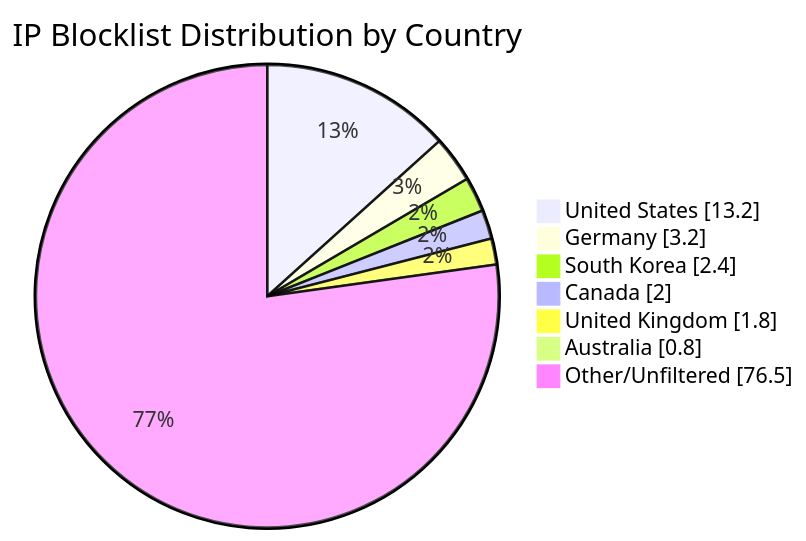
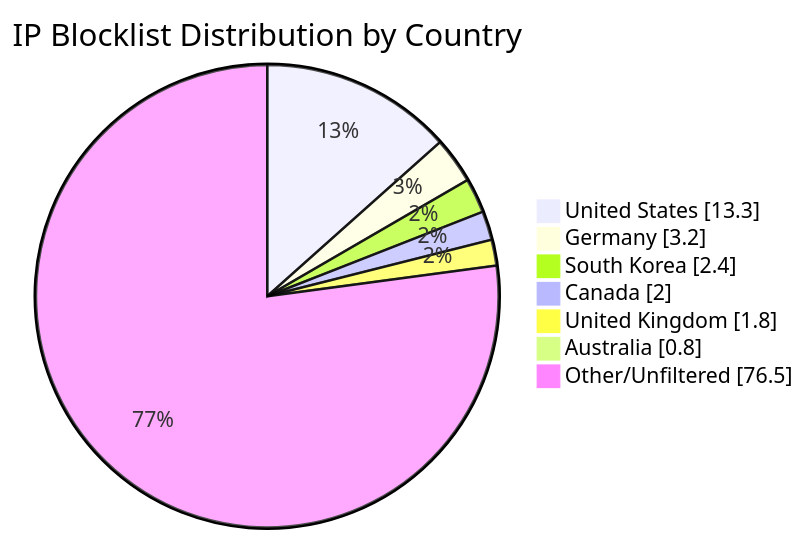
Before and after one commit to MarcusHoltz/ipblocklist-geofiltered-aggregator: the diagram in README.md, drawn with Mermaid. The commit also changed other lines of this file and 9 other files, not shown here.

````diff
--- a/README.md
+++ b/README.md
@@ -34,10 +34,10 @@
 ```mermaid
 pie showData title IP Blocklist Distribution by Country
-"United States" : 13.2
+"United States" : 13.3
 "Germany" : 3.2
 "South Korea" : 2.4
 "Canada" : 2.0
 "United Kingdom" : 1.8
 "Australia" : 0.8
 "Other/Unfiltered" : 76.5
 ```
````
